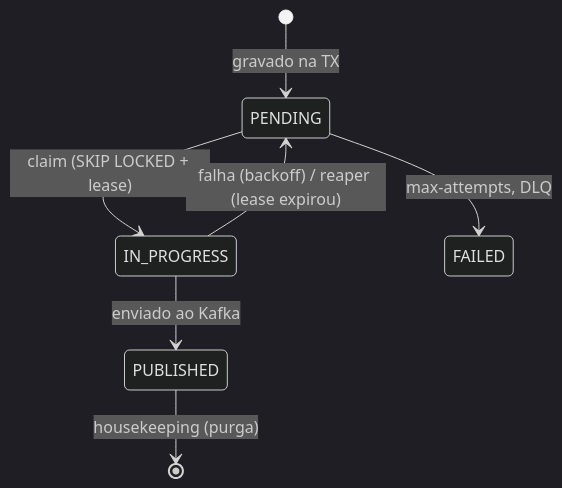
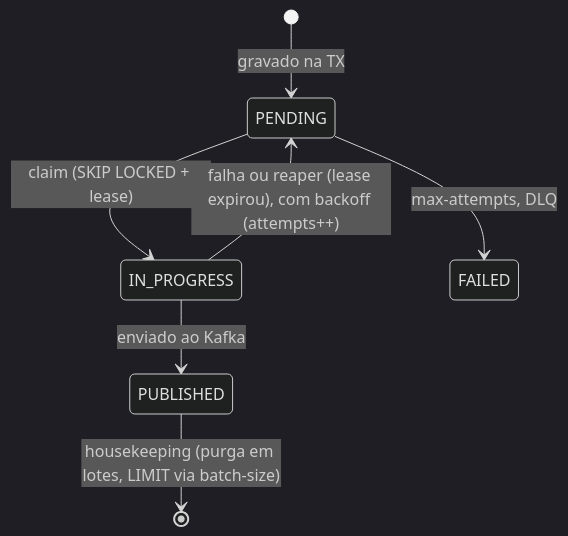
Before and after one commit to tvpl/payment-async-poc: the second of 2 diagrams in payment-sbus/docs/architecture.md, drawn with Mermaid (dark theme). The commit also changed other lines of this file and 2 other files, not shown here.

````diff
--- a/payment-sbus/docs/architecture.md
+++ b/payment-sbus/docs/architecture.md
@@ -74,9 +82,9 @@
 ```mermaid
 stateDiagram-v2
     [*] --> PENDING: gravado na TX
     PENDING --> IN_PROGRESS: claim (SKIP LOCKED + lease)
     IN_PROGRESS --> PUBLISHED: enviado ao Kafka
-    IN_PROGRESS --> PENDING: falha (backoff) / reaper (lease expirou)
+    IN_PROGRESS --> PENDING: falha ou reaper (lease expirou), com backoff (attempts++)
     PENDING --> FAILED: max-attempts, DLQ
-    PUBLISHED --> [*]: housekeeping (purga)
+    PUBLISHED --> [*]: housekeeping (purga em lotes, LIMIT via batch-size)
 ```
````
